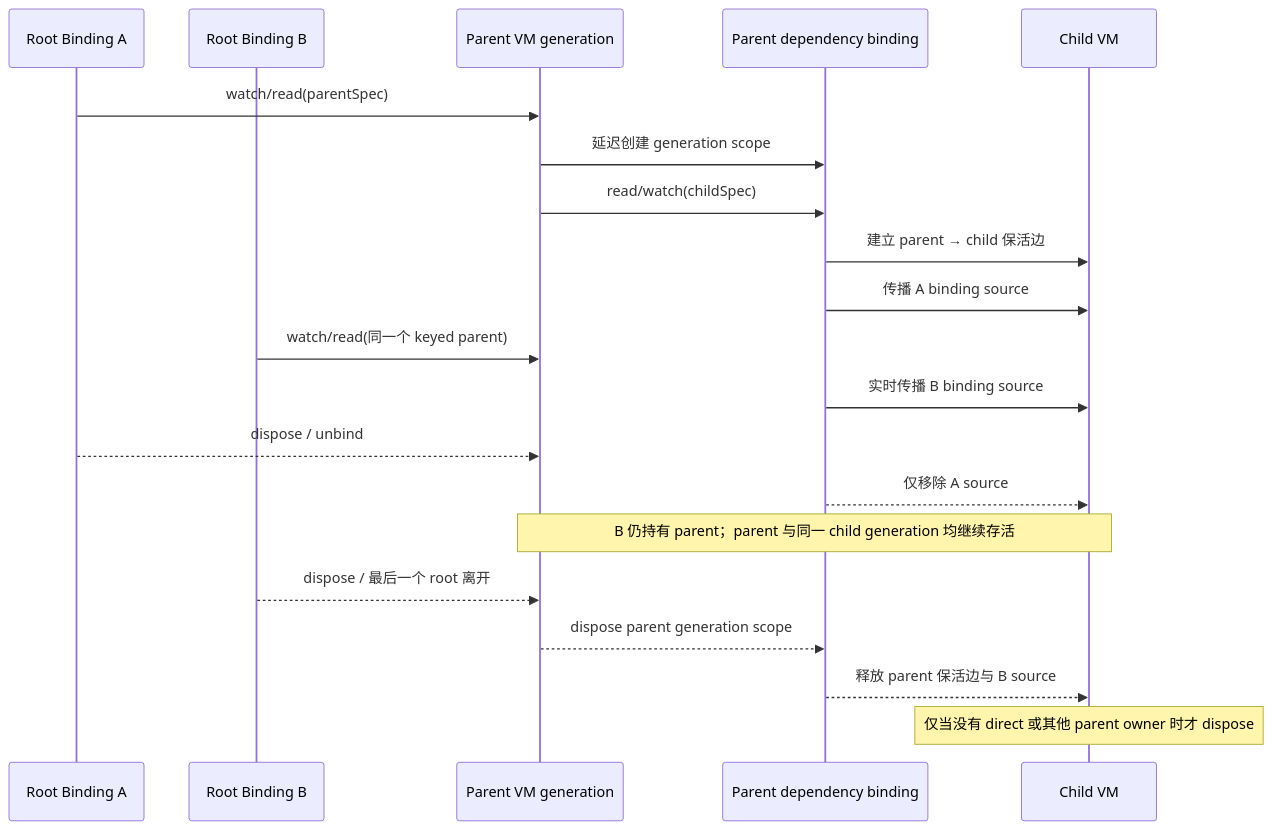
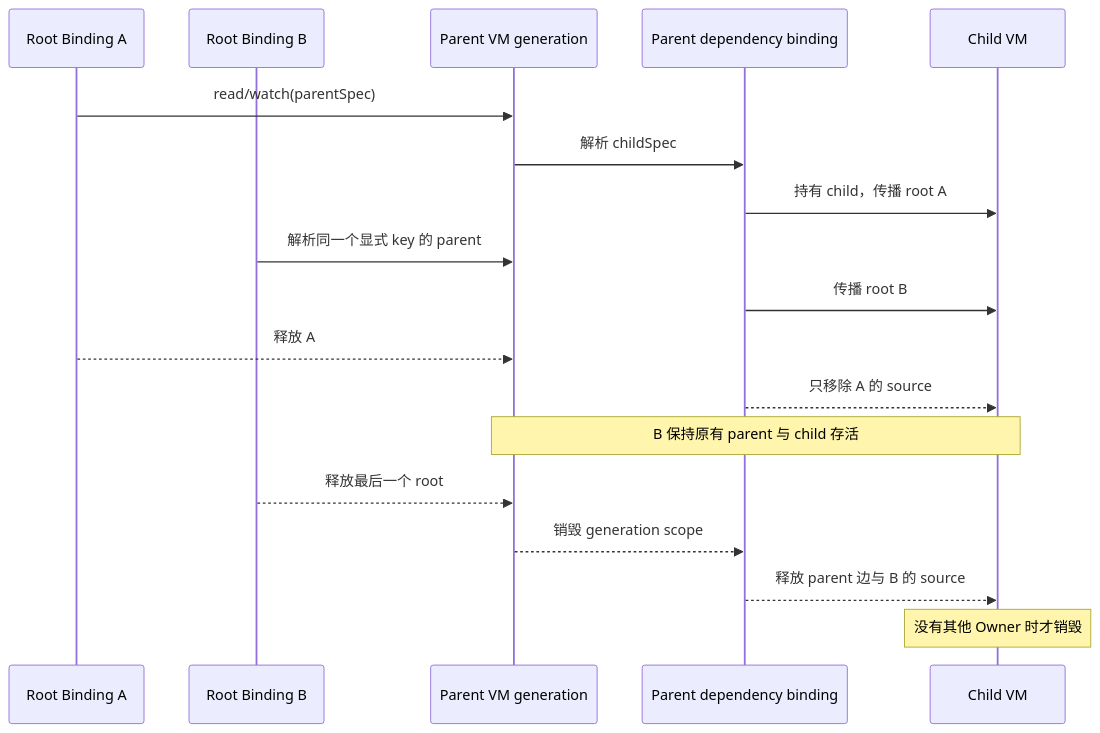
Before and after one commit to lwj1994/flutter_view_model: the diagram in packages/view_model/README_ZH.md, drawn with Mermaid. The commit also changed other lines of this file and 12 other files, not shown here.

````diff
--- a/packages/view_model/README_ZH.md
+++ b/packages/view_model/README_ZH.md
@@ -257,26 +133,21 @@
 ```mermaid
 sequenceDiagram
     participant A as Root Binding A
     participant B as Root Binding B
     participant P as Parent VM generation
     participant D as Parent dependency binding
     participant C as Child VM
 
-    A->>P: watch/read(parentSpec)
-    P->>D: 延迟创建 generation scope
-    P->>D: read/watch(childSpec)
-    D->>C: 建立 parent → child 保活边
-    D->>C: 传播 A binding source
-
-    B->>P: watch/read(同一个 keyed parent)
-    D->>C: 实时传播 B binding source
-
-    A-->>P: dispose / unbind
-    D-->>C: 仅移除 A source
-    Note over P,C: B 仍持有 parent；parent 与同一 child generation 均继续存活
-
-    B-->>P: dispose / 最后一个 root 离开
-    P-->>D: dispose parent generation scope
-    D-->>C: 释放 parent 保活边与 B source
-    Note over C: 仅当没有 direct 或其他 parent owner 时才 dispose
+    A->>P: read/watch(parentSpec)
+    P->>D: 解析 childSpec
+    D->>C: 持有 child，传播 root A
+    B->>P: 解析同一个显式 key 的 parent
+    D->>C: 传播 root B
+    A-->>P: 释放 A
+    D-->>C: 只移除 A 的 source
+    Note over P,C: B 保持原有 parent 与 child 存活
+    B-->>P: 释放最后一个 root
+    P-->>D: 销毁 generation scope
+    D-->>C: 释放 parent 边与 B 的 source
+    Note over C: 没有其他 Owner 时才销毁
 ```
````
